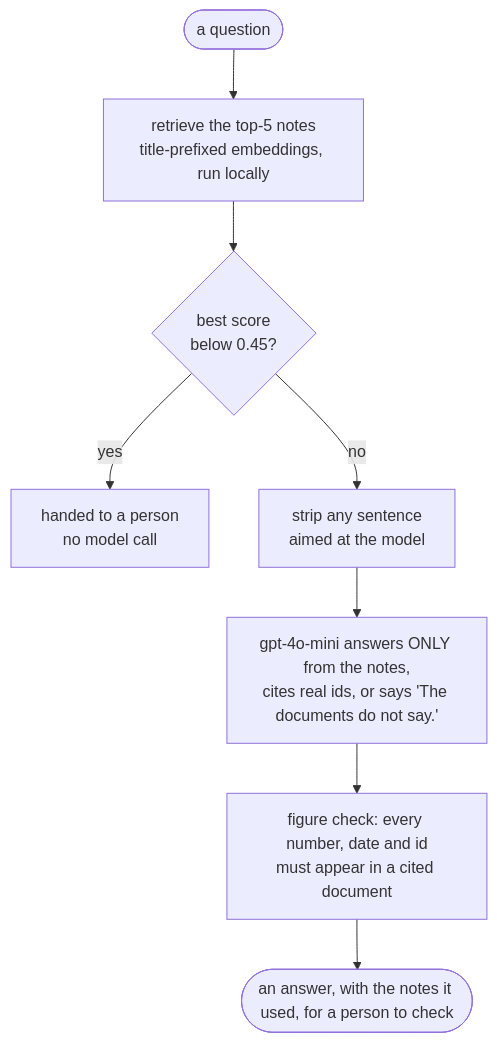
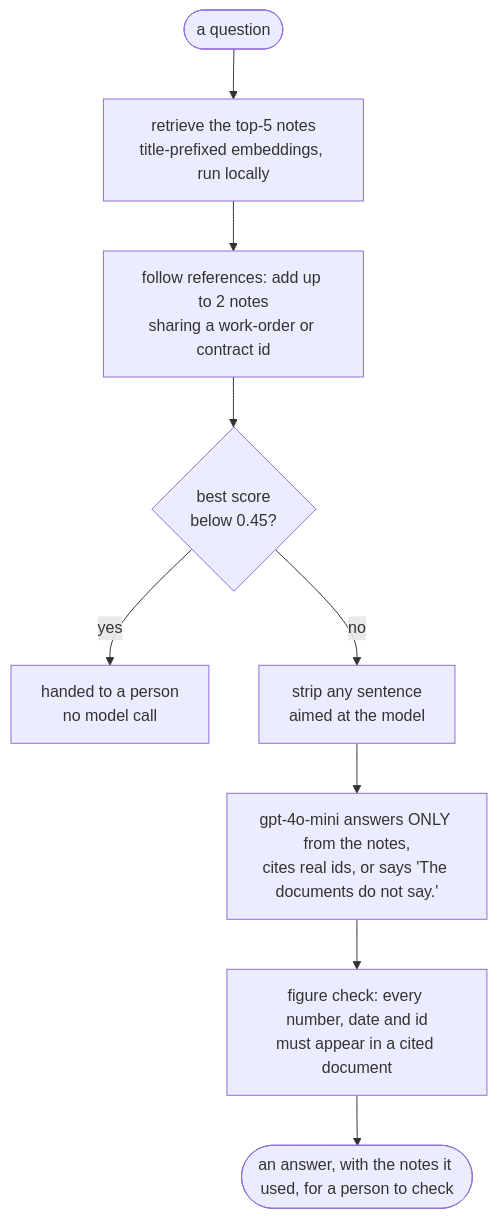
Before and after one commit to tgmok/Tanya-RAG-Project: the diagram in README.md, drawn with Mermaid. The commit also changed other lines of this file and 19 other files, not shown here.

````diff
--- a/README.md
+++ b/README.md
@@ -117,10 +117,11 @@
 ```mermaid
 flowchart TD
     Q(["a question"]) --> R["retrieve the top-5 notes<br/>title-prefixed embeddings, run locally"]
-    R --> H{"best score<br/>below 0.45?"}
+    R --> FR["follow references: add up to 2 notes<br/>sharing a work-order or contract id"]
+    FR --> H{"best score<br/>below 0.45?"}
     H -->|yes| P["handed to a person<br/>no model call"]
     H -->|no| S["strip any sentence<br/>aimed at the model"]
     S --> G["gpt-4o-mini answers ONLY from the notes,<br/>cites real ids, or says 'The documents do not say.'"]
     G --> F["figure check: every number, date and id<br/>must appear in a cited document"]
     F --> A(["an answer, with the notes it used, for a person to check"])
 ```
````
